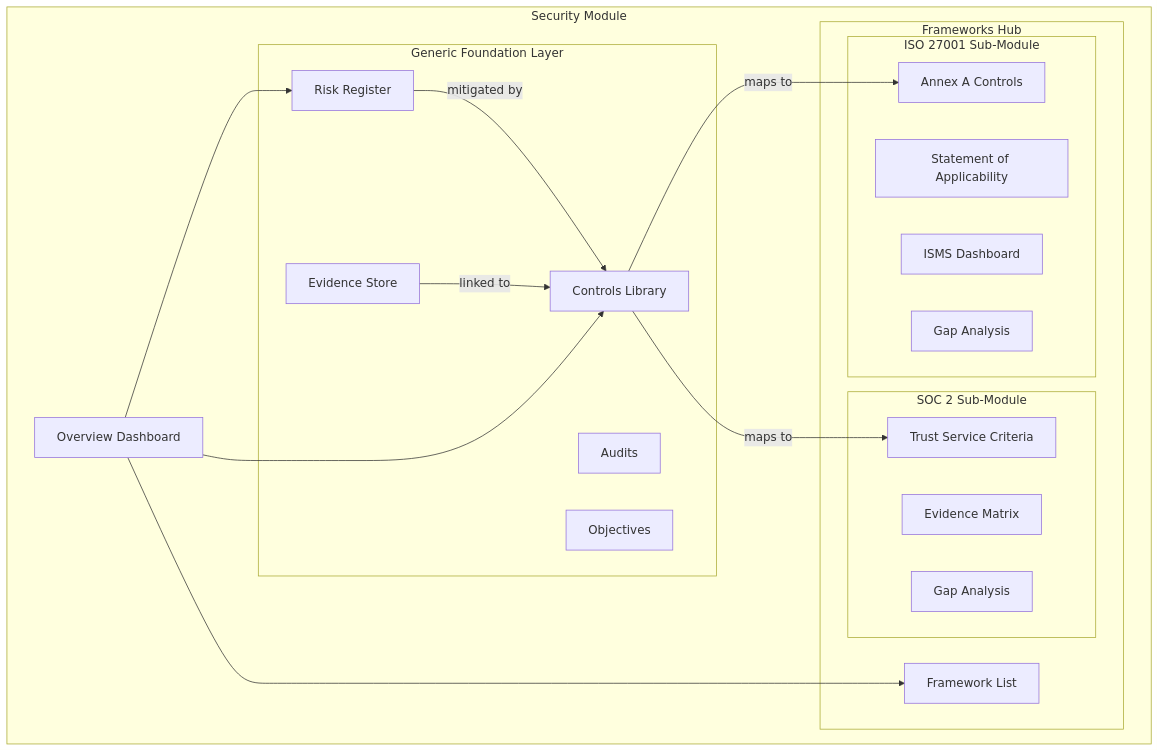
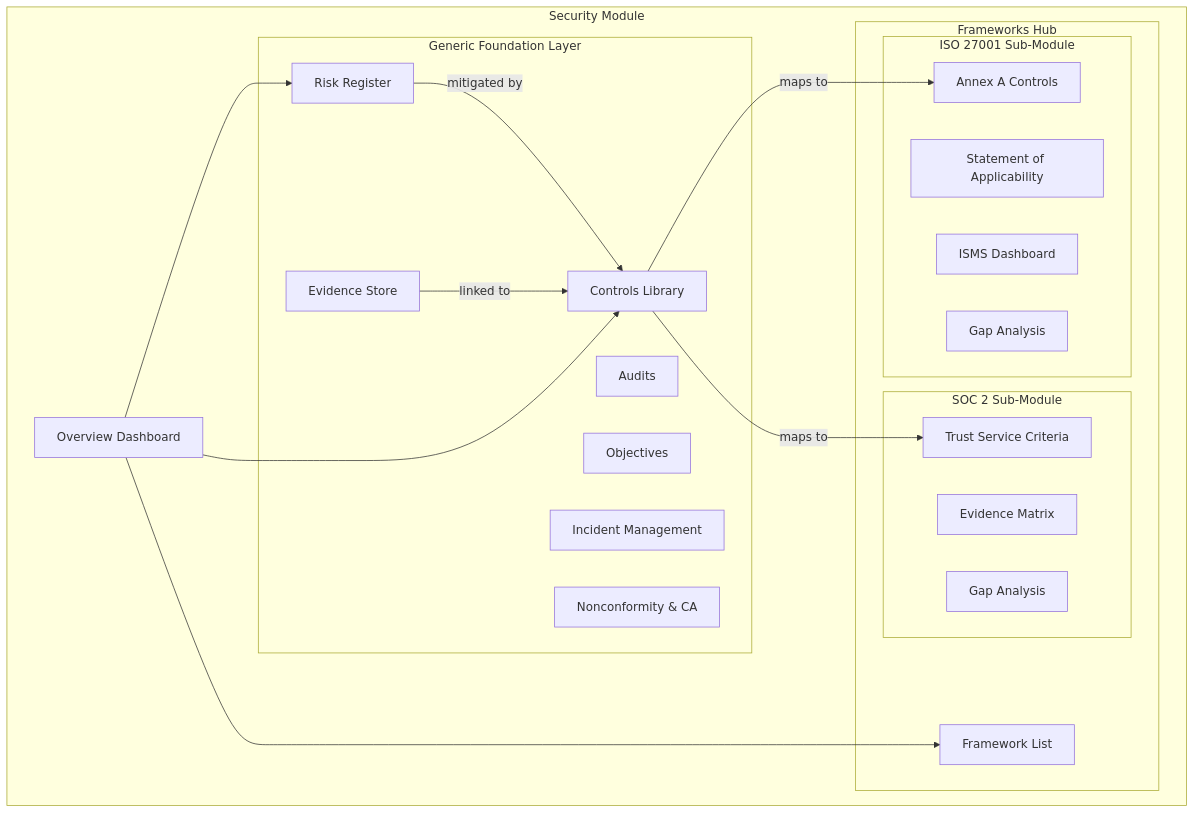
The first of 12 diagrams in docs/modules/security/architecture.md (stellarsoft-tech/IdaraOS), drawn with Mermaid before and after one commit. The commit also changed other lines of this file and 21 other files, not shown here.

````diff
--- a/docs/modules/security/architecture.md
+++ b/docs/modules/security/architecture.md
@@ -17,40 +17,42 @@
 ```mermaid
 graph TB
     subgraph SecurityModule [Security Module]
         Overview[Overview Dashboard]
         
         subgraph GenericFoundation [Generic Foundation Layer]
             Risks[Risk Register]
             Controls[Controls Library]
             Evidence[Evidence Store]
             Audits[Audits]
             Objectives[Objectives]
+            Incidents[Incident Management]
+            Nonconformities[Nonconformity & CA]
         end
         
         subgraph FrameworksHub [Frameworks Hub]
             FrameworkList[Framework List]
             
             subgraph ISO27001 [ISO 27001 Sub-Module]
                 ISO_SoA[Statement of Applicability]
                 ISO_Controls[Annex A Controls]
                 ISO_ISMS[ISMS Dashboard]
                 ISO_Gaps[Gap Analysis]
             end
             
             subgraph SOC2 [SOC 2 Sub-Module]
                 SOC_TSC[Trust Service Criteria]
                 SOC_Evidence[Evidence Matrix]
                 SOC_Gaps[Gap Analysis]
             end
         end
     end
     
     Overview --> Risks
     Overview --> Controls
     Overview --> FrameworkList
     
     Controls -->|maps to| ISO_Controls
     Controls -->|maps to| SOC_TSC
     Evidence -->|linked to| Controls
     Risks -->|mitigated by| Controls
 ```
````
